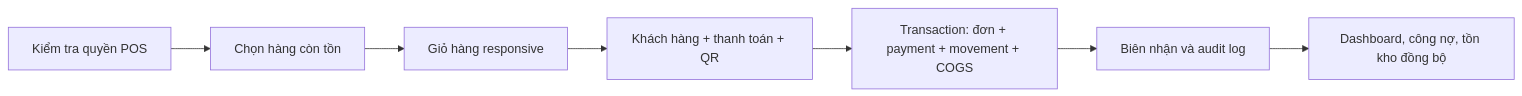
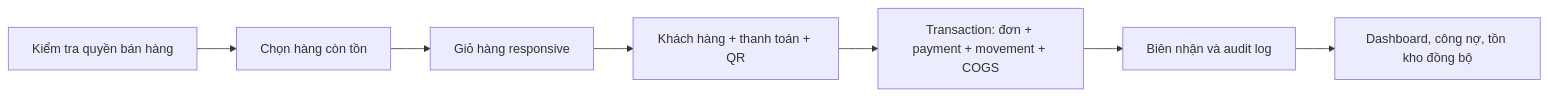
One commit to BuiTanDung-DVV/StockManagementAndTaxWarning changed the second of 6 diagrams in BA_DOCUMENTS/07_AS_IS_TO_BE_WORKFLOWS.md. Above: the diagram before and after it, drawn with Mermaid. The commit also changed other lines of this file and 302 other files, not shown here.

````diff
--- a/BA_DOCUMENTS/07_AS_IS_TO_BE_WORKFLOWS.md
+++ b/BA_DOCUMENTS/07_AS_IS_TO_BE_WORKFLOWS.md
@@ -27,9 +27,9 @@
 ```mermaid
 flowchart LR
-    A["Kiểm tra quyền POS"] --> B["Chọn hàng còn tồn"]
+    A["Kiểm tra quyền bán hàng"] --> B["Chọn hàng còn tồn"]
     B --> C["Giỏ hàng responsive"]
     C --> D["Khách hàng + thanh toán + QR"]
     D --> E["Transaction: đơn + payment + movement + COGS"]
     E --> F["Biên nhận và audit log"]
     F --> G["Dashboard, công nợ, tồn kho đồng bộ"]
 ```
````
